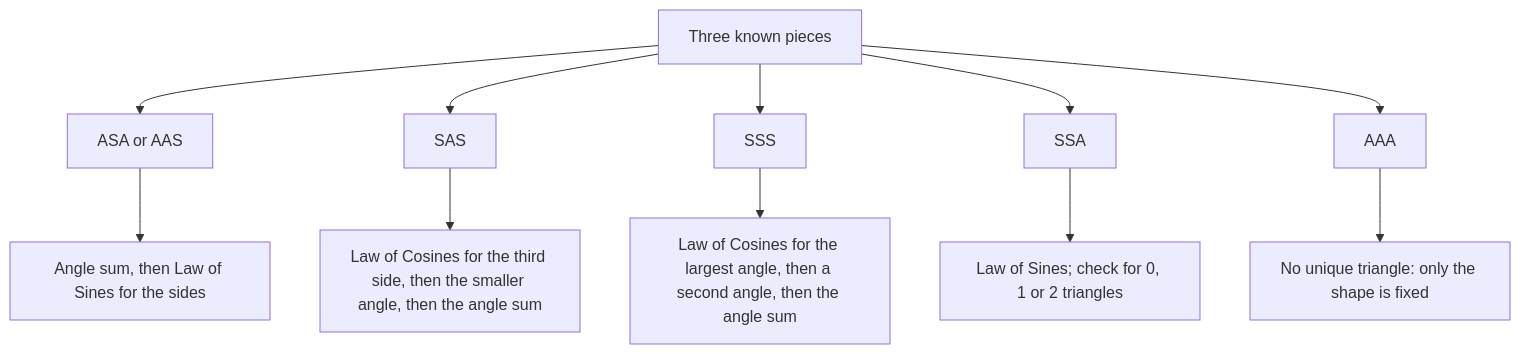
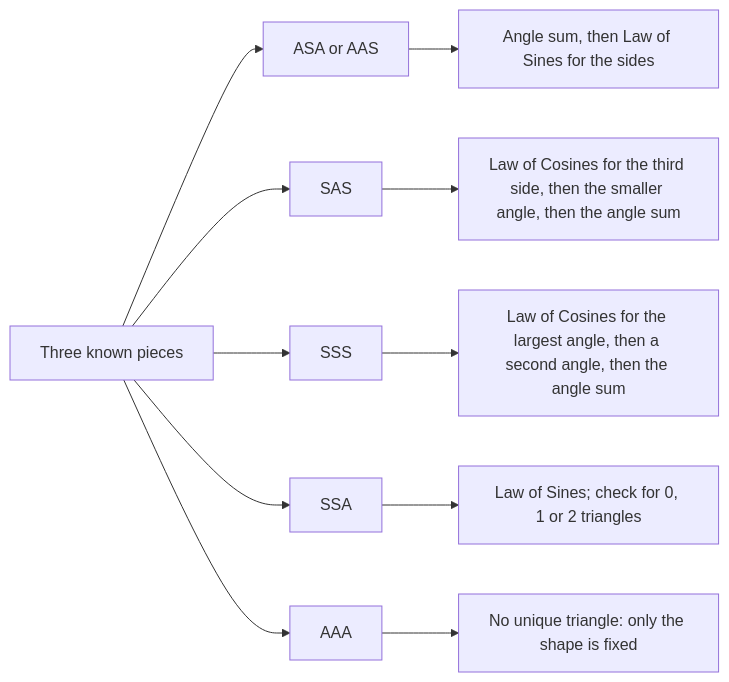
Before and after one commit to Aziliz/erudior: the diagram in content/math/geometry/lessons/26-law-of-cosines.md, drawn with Mermaid. The commit also changed 11 other files, not shown here.

````diff
--- a/content/math/geometry/lessons/26-law-of-cosines.md
+++ b/content/math/geometry/lessons/26-law-of-cosines.md
@@ -97,15 +97,15 @@
 ```mermaid
-flowchart TD
+flowchart LR
   accTitle: Planning the solution of any triangle
   accDescr: Sort the three known pieces into a case. ASA or AAS: find the third angle from the 180 degree sum, then each side by the Law of Sines. SAS: find the third side by the Law of Cosines, then the smaller remaining angle, then the last angle by the angle sum. SSS: find the largest angle by the Law of Cosines, then a second angle, then the last angle by the angle sum. SSA: use the Law of Sines for a second angle and check for zero, one or two triangles. AAA: there is no unique triangle, only a family of similar ones.
   K["Three known pieces"] --> A["ASA or AAS"]
   K --> B["SAS"]
   K --> C["SSS"]
   K --> D["SSA"]
   K --> E["AAA"]
   A --> A1["Angle sum, then Law of Sines for the sides"]
   B --> B1["Law of Cosines for the third side, then the smaller angle, then the angle sum"]
   C --> C1["Law of Cosines for the largest angle, then a second angle, then the angle sum"]
   D --> D1["Law of Sines; check for 0, 1 or 2 triangles"]
   E --> E1["No unique triangle: only the shape is fixed"]
 ```
````
